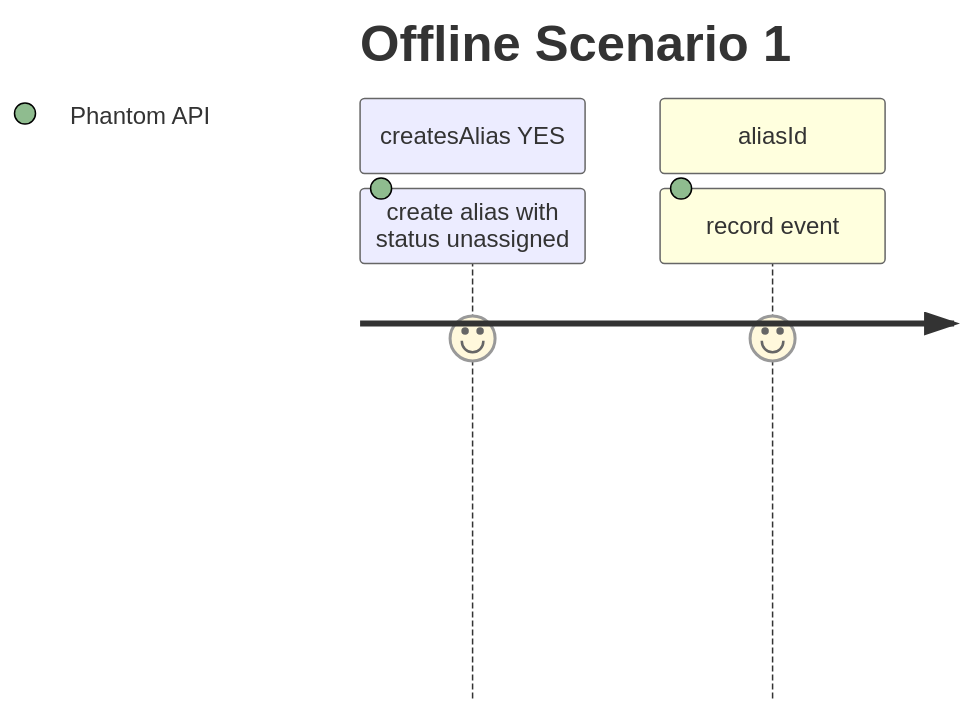
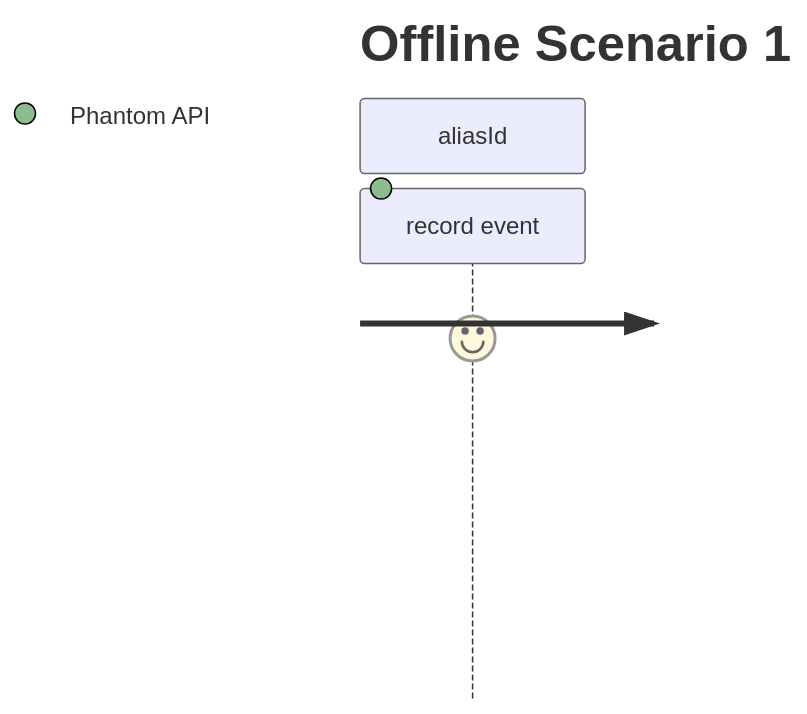
One commit to progressive-identity/alias-sdk changed the fourth of 5 diagrams in README.md. Above: the diagram before and after it, drawn with Mermaid. The commit also changed other lines of this file and 1 other file, not shown here.

Commit message:
docs: update graph

````diff
--- a/README.md
+++ b/README.md
@@ -56,8 +54,6 @@
 ```mermaid
   journey
     title Offline Scenario 1
-    section createsAlias YES
-      create alias with status unassigned: 8: Phantom API
     section aliasId
       record event: 8: Phantom API
 ```
````
